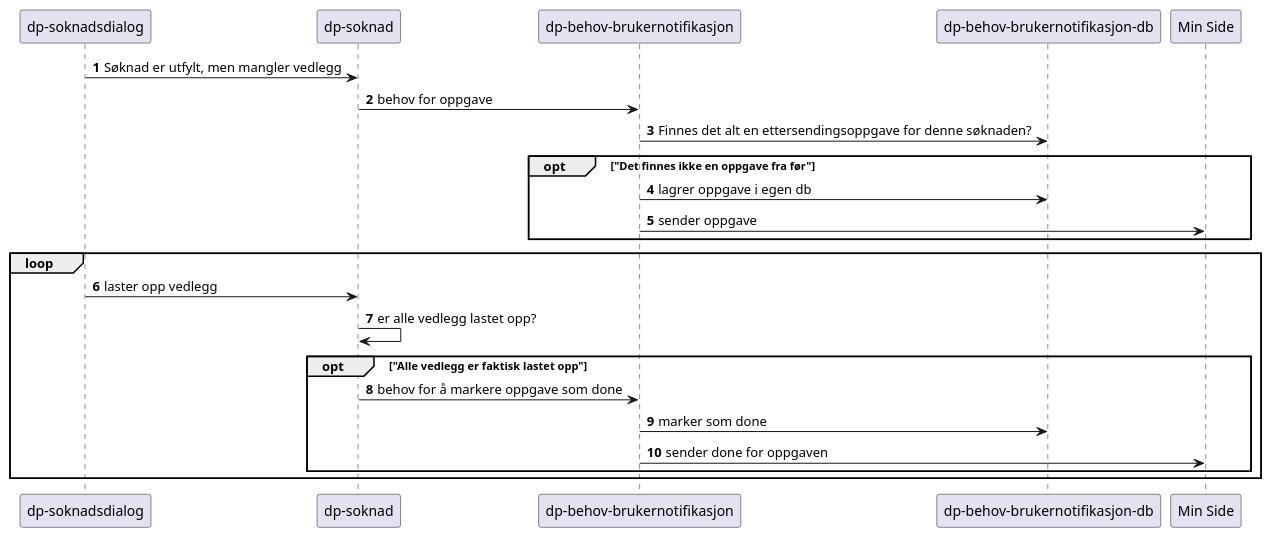
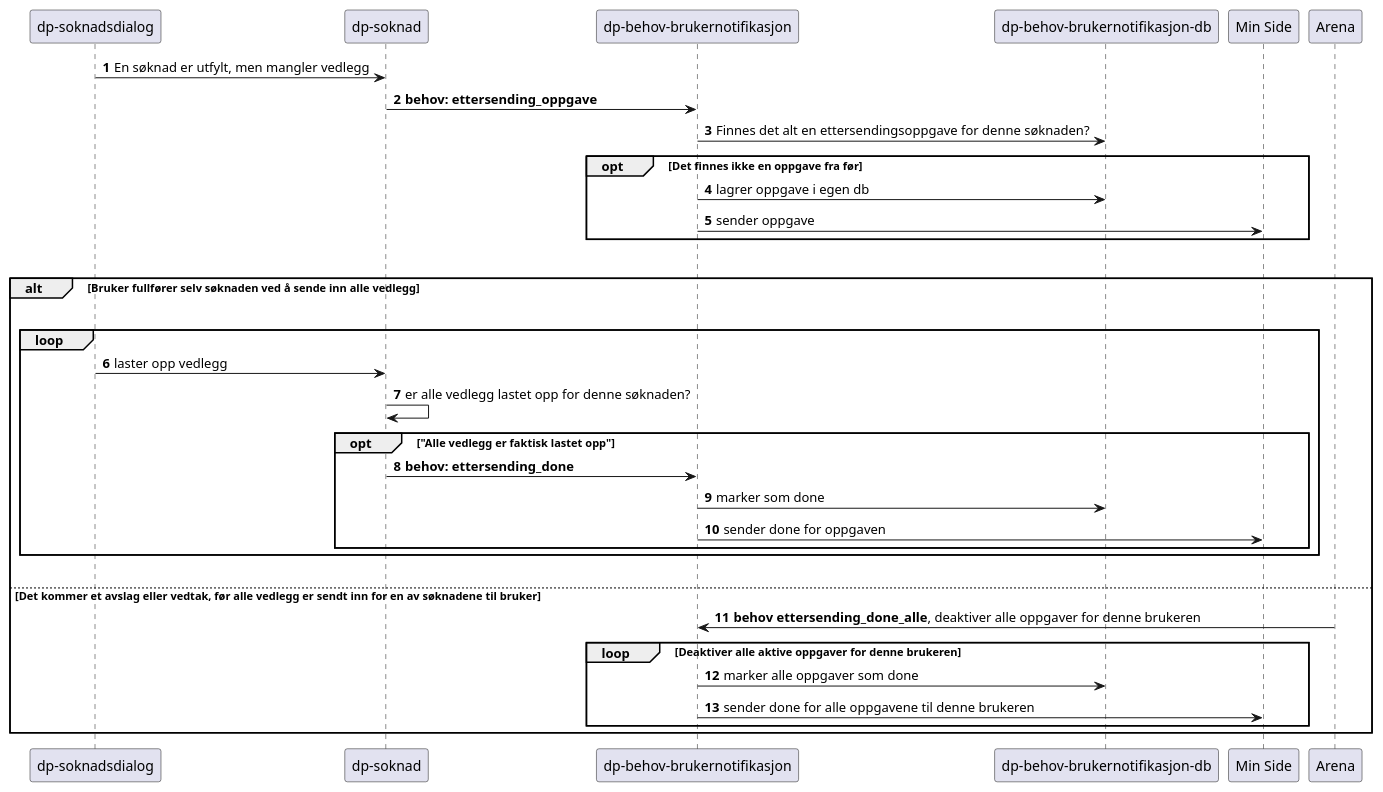
Before and after one commit to navikt/dp-varsel: the diagram in docs/flytForOppgaveVedEttersending.puml, drawn with PlantUML.

Commit message:
Oppdatatert sekvensdiagrammet
Tar også med flyten for å deaktivere alle oppgaver i tilfeller hvor det kommer inn et vedtak/avslag før bruker har sendt inn alle vedlegg.

DAG-600

```diff
--- a/docs/flytForOppgaveVedEttersending.puml
+++ b/docs/flytForOppgaveVedEttersending.puml
@@ -1,23 +1,34 @@
 @startuml
 
 autonumber
 
-"dp-soknadsdialog" -> "dp-soknad": Søknad er utfylt, men mangler vedlegg
-"dp-soknad" -> "dp-behov-brukernotifikasjon": behov for oppgave
+"dp-soknadsdialog" -> "dp-soknad": En søknad er utfylt, men mangler vedlegg
+"dp-soknad" -> "dp-behov-brukernotifikasjon": **behov: ettersending_oppgave**
 "dp-behov-brukernotifikasjon" -> "dp-behov-brukernotifikasjon-db": Finnes det alt en ettersendingsoppgave for denne søknaden?
-opt "Det finnes ikke en oppgave fra før"
-"dp-behov-brukernotifikasjon" -> "dp-behov-brukernotifikasjon-db": lagrer oppgave i egen db
-"dp-behov-brukernotifikasjon" -> "Min Side": sender oppgave
+
+opt Det finnes ikke en oppgave fra før
+    "dp-behov-brukernotifikasjon" -> "dp-behov-brukernotifikasjon-db": lagrer oppgave i egen db
+    "dp-behov-brukernotifikasjon" -> "Min Side": sender oppgave
 end
 
-loop
-    "dp-soknadsdialog" -> "dp-soknad": laster opp vedlegg
-    "dp-soknad" -> "dp-soknad": er alle vedlegg lastet opp?
-    opt "Alle vedlegg er faktisk lastet opp"
-        "dp-soknad" -> "dp-behov-brukernotifikasjon": behov for å markere oppgave som done
-        "dp-behov-brukernotifikasjon" -> "dp-behov-brukernotifikasjon-db": marker som done
-        "dp-behov-brukernotifikasjon" -> "Min Side": sender done for oppgaven
+|||
+alt Bruker fullfører selv søknaden ved å sende inn alle vedlegg
+    |||
+    loop
+        "dp-soknadsdialog" -> "dp-soknad": laster opp vedlegg
+        "dp-soknad" -> "dp-soknad": er alle vedlegg lastet opp for denne søknaden?
+        opt "Alle vedlegg er faktisk lastet opp"
+            "dp-soknad" -> "dp-behov-brukernotifikasjon": **behov: ettersending_done**
+            "dp-behov-brukernotifikasjon" -> "dp-behov-brukernotifikasjon-db": marker som done
+            "dp-behov-brukernotifikasjon" -> "Min Side": sender done for oppgaven
+        end
+    end
+    |||
+else Det kommer et avslag eller vedtak, før alle vedlegg er sendt inn for en av søknadene til bruker
+    "Arena" -> "dp-behov-brukernotifikasjon": **behov ettersending_done_alle**, deaktiver alle oppgaver for denne brukeren
+    loop Deaktiver alle aktive oppgaver for denne brukeren
+        "dp-behov-brukernotifikasjon" -> "dp-behov-brukernotifikasjon-db": marker alle oppgaver som done
+        "dp-behov-brukernotifikasjon" -> "Min Side": sender done for alle oppgavene til denne brukeren
     end
 end
-
 @enduml
```
